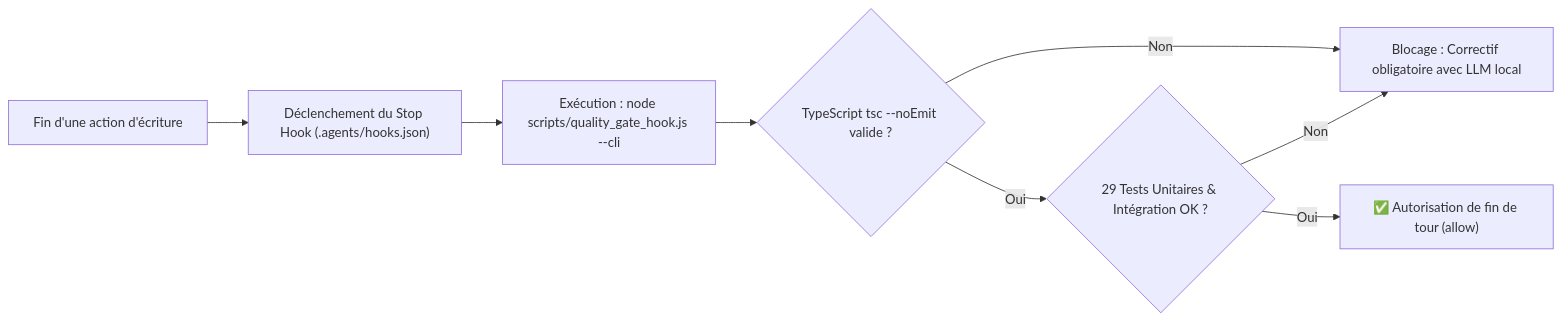
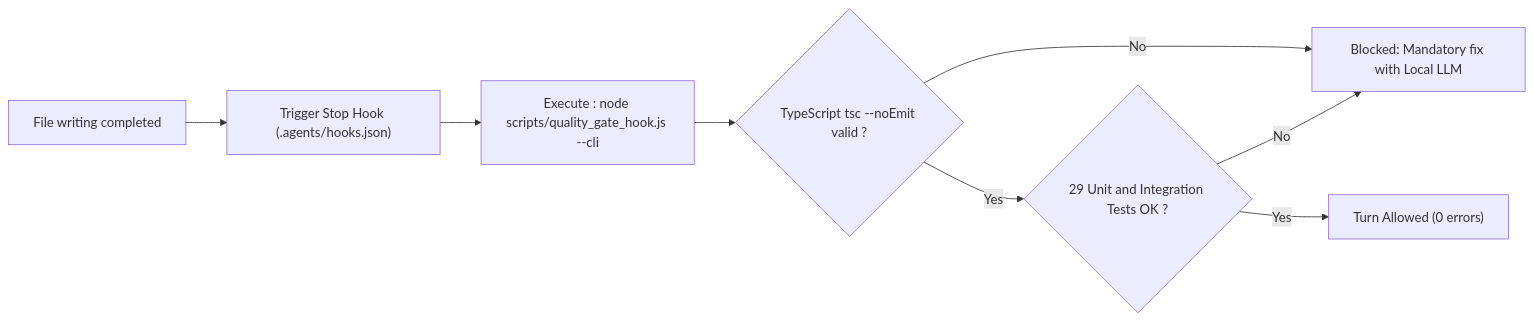
One commit to Philippe1964/LMStudio_MCP_Connector changed the second of 2 diagrams in wiki/Skills-Agents-and-Rules.md. Above: the diagram before and after it, drawn with Mermaid. The commit also changed other lines of this file and 31 other files, not shown here.

````diff
--- a/wiki/Skills-Agents-and-Rules.md
+++ b/wiki/Skills-Agents-and-Rules.md
@@ -96,10 +99,10 @@
 ```mermaid
 flowchart LR
-    A["Fin d'une action d'écriture"] --> B["Déclenchement du Stop Hook (.agents/hooks.json)"]
-    B --> C["Exécution : node scripts/quality_gate_hook.js --cli"]
-    C --> D{"TypeScript tsc --noEmit valide ?"}
-    D -->|Non| E["Blocage : Correctif obligatoire avec LLM local"]
-    D -->|Oui| F{"29 Tests Unitaires & Intégration OK ?"}
-    F -->|Non| E
-    F -->|Oui| G["✅ Autorisation de fin de tour (allow)"]
+    A["File writing completed"] --> B["Trigger Stop Hook (.agents/hooks.json)"]
+    B --> C["Execute : node scripts/quality_gate_hook.js --cli"]
+    C --> D{"TypeScript tsc --noEmit valid ?"}
+    D -->|"No"| E["Blocked: Mandatory fix with Local LLM"]
+    D -->|"Yes"| F{"29 Unit and Integration Tests OK ?"}
+    F -->|"No"| E
+    F -->|"Yes"| G["Turn Allowed (0 errors)"]
 ```
````
